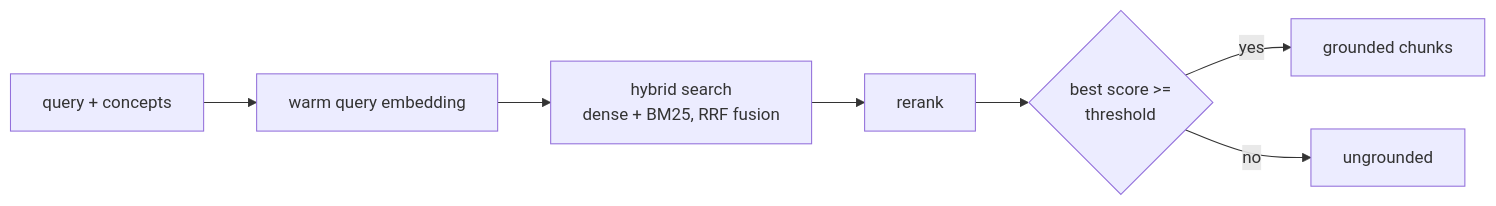
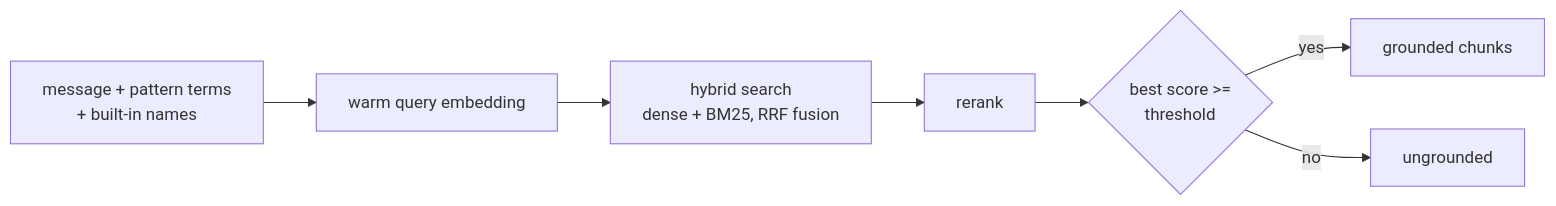
Before and after one commit to jsuryanm/code-buddy: the second of 2 diagrams in docs/architecture.md, drawn with Mermaid. The commit also changed other lines of this file and 13 other files, not shown here.

````diff
--- a/docs/architecture.md
+++ b/docs/architecture.md
@@ -180,9 +181,9 @@
 ```mermaid
 flowchart LR
-    Q[query + concepts] --> W[warm query embedding]
+    Q[message + pattern terms<br/>+ built-in names] --> W[warm query embedding]
     W --> S[hybrid search<br/>dense + BM25, RRF fusion]
     S --> R[rerank]
     R --> T{best score >=<br/>threshold}
     T -- yes --> G[grounded chunks]
     T -- no --> U[ungrounded]
 ```
````
